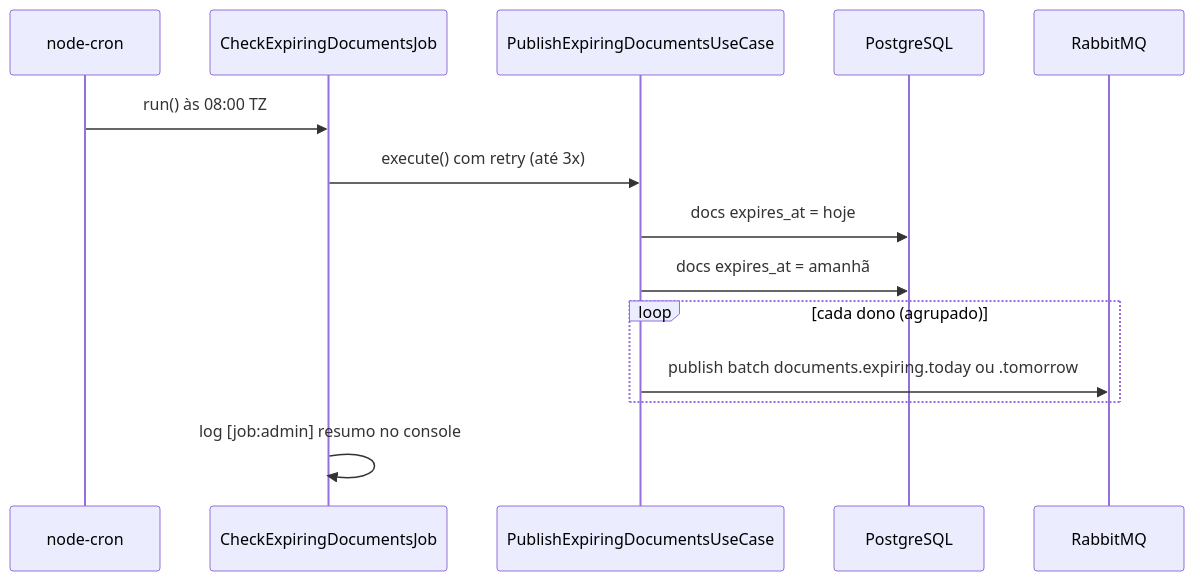
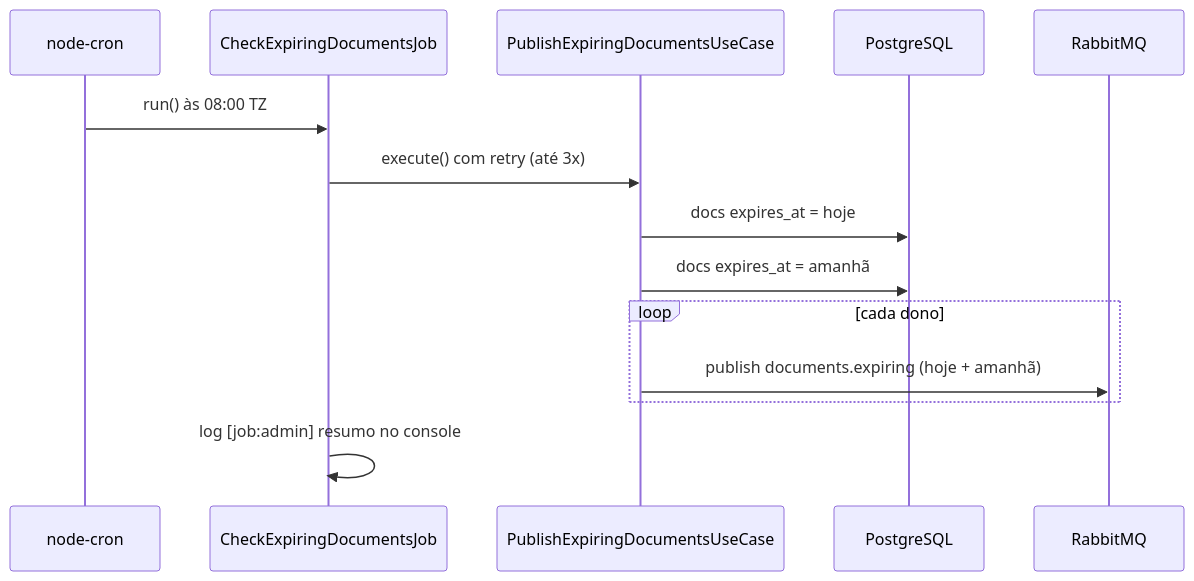
One commit to yuriengcomp99/alerta-doc-schedule changed the second of 2 diagrams in README.md. Above: the diagram before and after it, drawn with Mermaid. The commit also changed other lines of this file and 5 other files, not shown here.

Commit message:
Use single documents.expiring queue with combined today/tomorrow batch per owner

````diff
--- a/README.md
+++ b/README.md
@@ -49,17 +48,17 @@
 ```mermaid
 sequenceDiagram
   participant Cron as node-cron
   participant Job as CheckExpiringDocumentsJob
   participant UC as PublishExpiringDocumentsUseCase
   participant DB as PostgreSQL
   participant Q as RabbitMQ
 
   Cron->>Job: run() às 08:00 TZ
   Job->>UC: execute() com retry (até 3x)
   UC->>DB: docs expires_at = hoje
   UC->>DB: docs expires_at = amanhã
-  loop cada dono (agrupado)
-    UC->>Q: publish batch documents.expiring.today ou .tomorrow
+  loop cada dono
+    UC->>Q: publish documents.expiring (hoje + amanhã)
   end
   Job->>Job: log [job:admin] resumo no console
 ```
````
